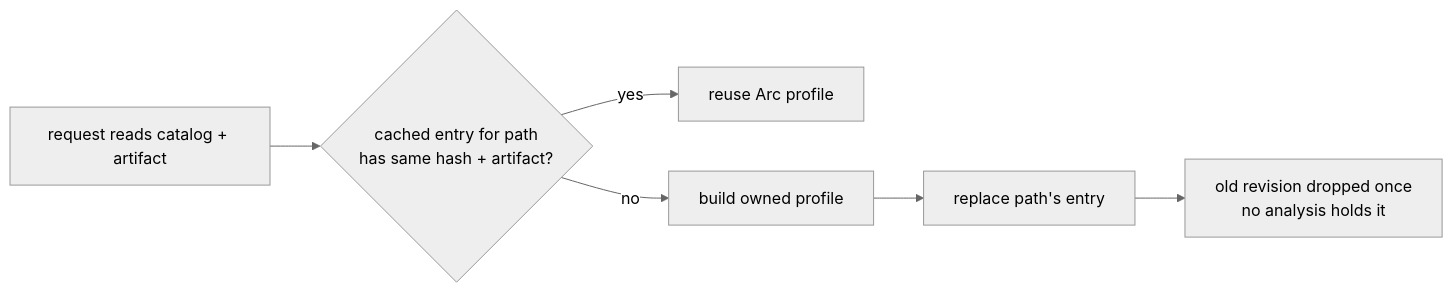
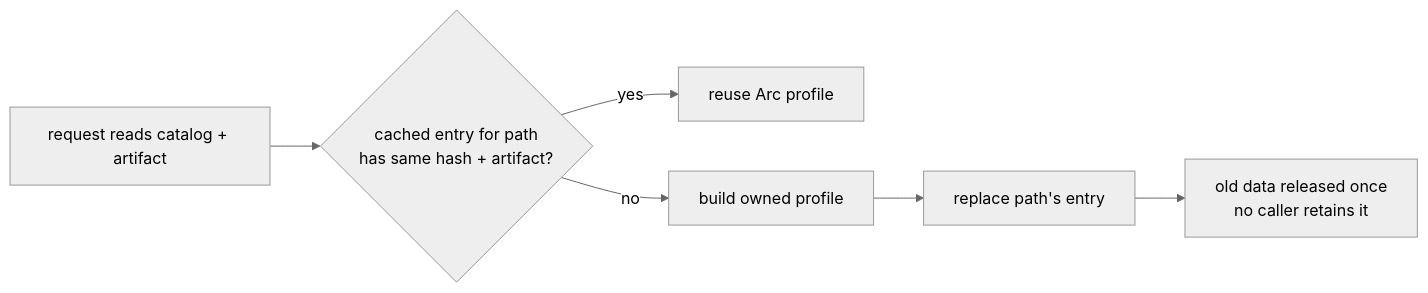
One commit to yankeeinlondon/rusty-biscuit changed the diagram in claudine/fixes/2026-10-25-fix-now/spec.md. Above: the diagram before and after it, drawn with Mermaid (neutral theme). The commit also changed other lines of this file, not shown here.

````diff
--- a/claudine/fixes/2026-10-25-fix-now/spec.md
+++ b/claudine/fixes/2026-10-25-fix-now/spec.md
@@ -123,8 +163,8 @@
 ```mermaid
 flowchart LR
     A[request reads catalog + artifact] --> B{cached entry for path<br/>has same hash + artifact?}
     B -- yes --> C[reuse Arc profile]
     B -- no --> D[build owned profile]
     D --> E[replace path's entry]
-    E --> F[old revision dropped once<br/>no analysis holds it]
+    E --> F[old data released once<br/>no caller retains it]
 ```
````
